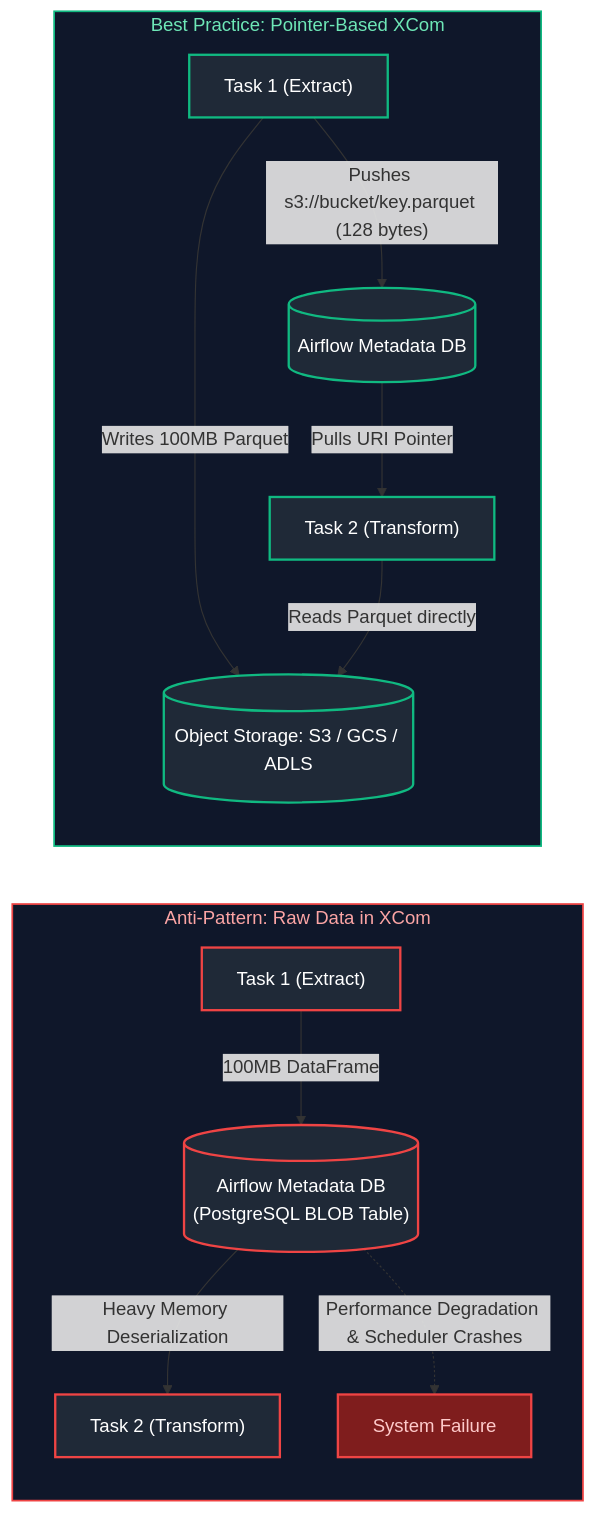
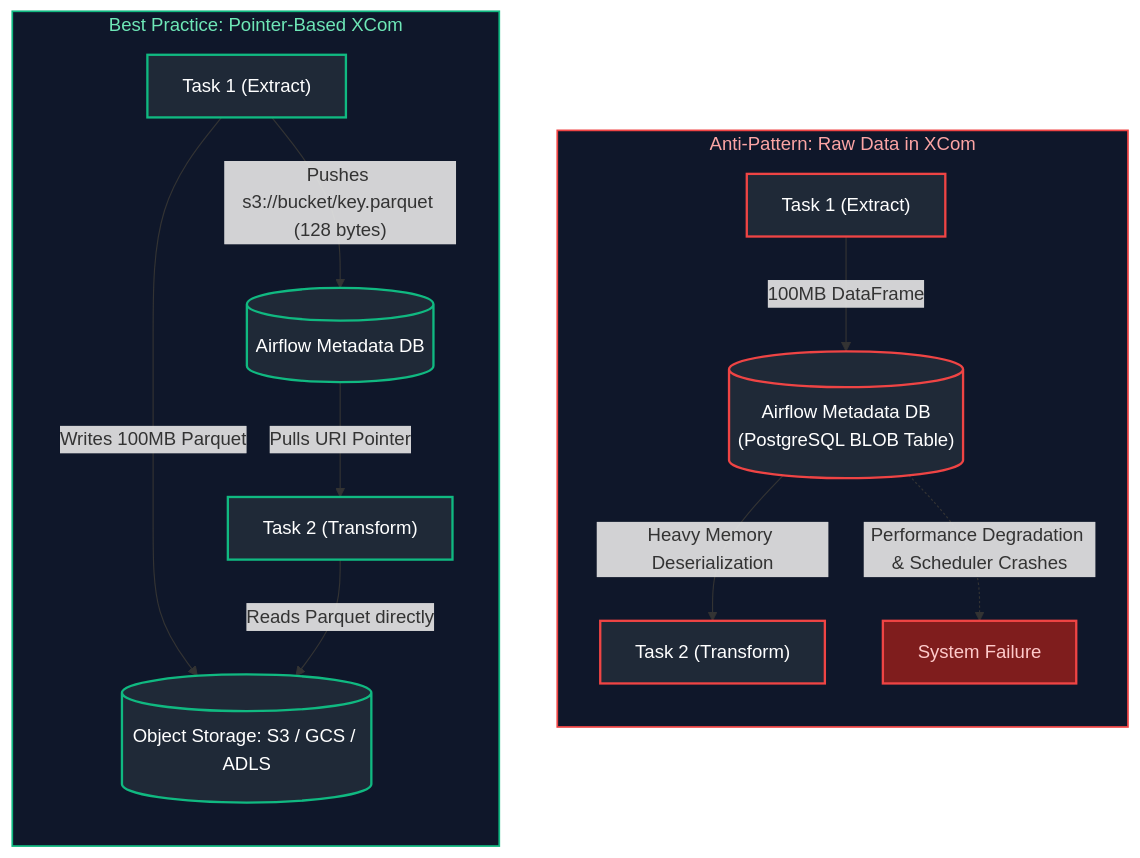
The sixth of 13 diagrams in Data Engineering/12_orchestration_airflow_and_dbt.md (joydeep-biswas/Interview-Preparation), drawn with Mermaid before and after one commit. The commit also changed other lines of this file and 76 other files, not shown here.

Commit message:
Updated Charts

````diff
--- a/Data Engineering/12_orchestration_airflow_and_dbt.md
+++ b/Data Engineering/12_orchestration_airflow_and_dbt.md
@@ -337,27 +337,29 @@
 ```mermaid
-flowchart LR
+flowchart TD
     subgraph Anti_Pattern["Anti-Pattern: Raw Data in XCom"]
+        direction TD
         T1["Task 1 (Extract)"] -->|100MB DataFrame| DB[("Airflow Metadata DB<br/>(PostgreSQL BLOB Table)")]
         DB -->|Heavy Memory Deserialization| T2["Task 2 (Transform)"]
         DB -.->|Performance Degradation & Scheduler Crashes| Crash["System Failure"]
     end
 
     subgraph Best_Practice["Best Practice: Pointer-Based XCom"]
+        direction TD
         P1["Task 1 (Extract)"] -->|Writes 100MB Parquet| S3[("Object Storage: S3 / GCS / ADLS")]
         P1 -->|"Pushes s3://bucket/key.parquet (128 bytes)"| MetaDB[("Airflow Metadata DB")]
         MetaDB -->|Pulls URI Pointer| P2["Task 2 (Transform)"]
         P2 -->|Reads Parquet directly| S3
     end
 
     style Anti_Pattern fill:#0f172a,stroke:#ef4444,stroke-width:1.5px,color:#fca5a5
     style Best_Practice fill:#0f172a,stroke:#10b981,stroke-width:1.5px,color:#6ee7b7
 
     style T1 fill:#1f2937,stroke:#ef4444,stroke-width:2px,color:#fff
     style DB fill:#1f2937,stroke:#ef4444,stroke-width:2px,color:#fff
     style T2 fill:#1f2937,stroke:#ef4444,stroke-width:2px,color:#fff
     style Crash fill:#7f1d1d,stroke:#ef4444,stroke-width:2px,color:#fecaca
     style P1 fill:#1f2937,stroke:#10b981,stroke-width:2px,color:#fff
     style S3 fill:#1f2937,stroke:#10b981,stroke-width:2px,color:#fff
     style MetaDB fill:#1f2937,stroke:#10b981,stroke-width:2px,color:#fff
     style P2 fill:#1f2937,stroke:#10b981,stroke-width:2px,color:#fff
 ```
````
